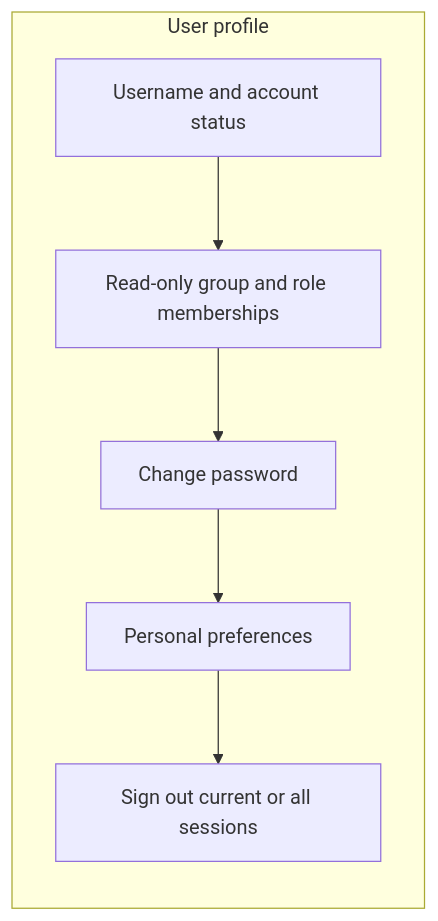
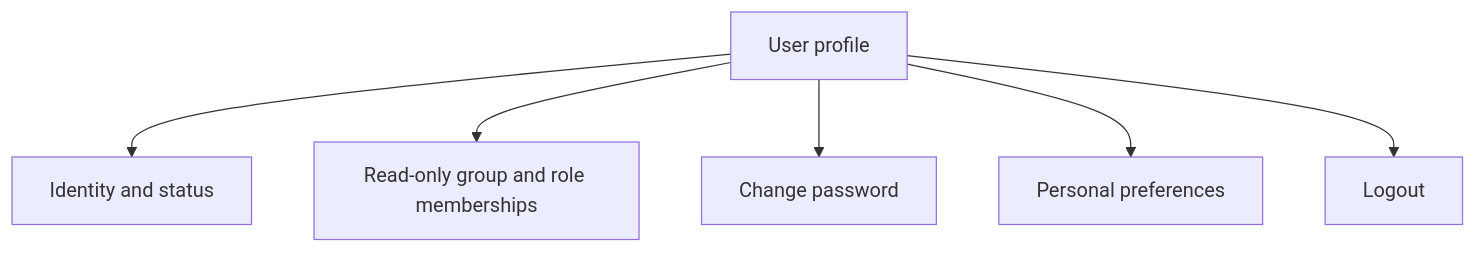
One commit to ATreep/DocSeek changed diagram 18 of 19 in docs/superpowers/specs/2026-08-15-docseek-detailed-prd.md. Above: the diagram before and after it, drawn with Mermaid. The commit also changed other lines of this file and 1 other file, not shown here.

Commit message:
docs: revise DocSeek for Neo4j GraphRAG architecture

````diff
--- a/docs/superpowers/specs/2026-08-15-docseek-detailed-prd.md
+++ b/docs/superpowers/specs/2026-08-15-docseek-detailed-prd.md
@@ -301,14 +543,8 @@
 ```mermaid
 flowchart TB
-  subgraph PROFILE_PAGE["User profile"]
-    direction TB
-    IDENTITY_CARD["Username and account status"]
-    MEMBERSHIPS["Read-only group and role memberships"]
-    PASSWORD_FORM["Change password"]
-    PREFERENCES["Personal preferences"]
-    SESSION_ACTIONS["Sign out current or all sessions"]
-  end
-  IDENTITY_CARD --> MEMBERSHIPS
-  MEMBERSHIPS --> PASSWORD_FORM
-  PASSWORD_FORM --> PREFERENCES --> SESSION_ACTIONS
+  PROFILE["User profile"] --> IDENTITY["Identity and status"]
+  PROFILE --> MEMBERSHIPS["Read-only group and role memberships"]
+  PROFILE --> PASSWORD["Change password"]
+  PROFILE --> PREFS["Personal preferences"]
+  PROFILE --> LOGOUT["Logout"]
 ```
````
